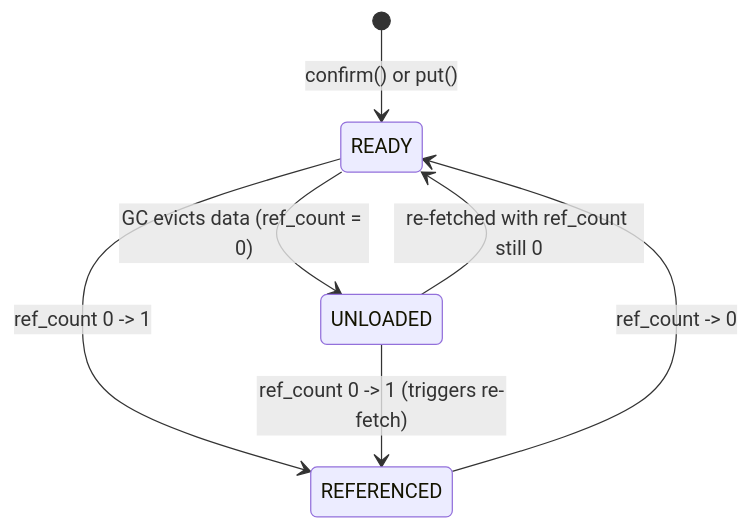
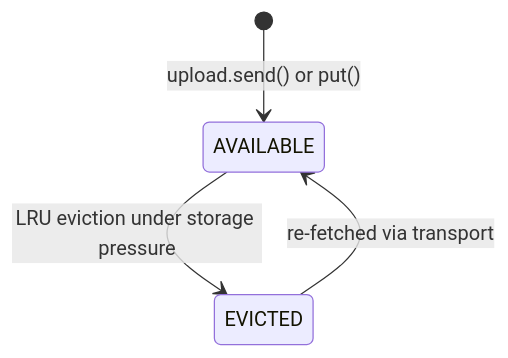
The second of 8 diagrams in packages/reactor/docs/attachments.md (powerhouse-inc/powerhouse), drawn with Mermaid before and after one commit. The commit also changed other lines of this file, not shown here.

Commit message:
chore: removing operations and simplifying upload through attachment service

````diff
--- a/packages/reactor/docs/attachments.md
+++ b/packages/reactor/docs/attachments.md
@@ -65,9 +100,6 @@
 ```mermaid
 stateDiagram-v2
-    [*] --> READY : confirm() or put()
-    READY --> REFERENCED : ref_count 0 -> 1
-    REFERENCED --> READY : ref_count -> 0
-    READY --> UNLOADED : GC evicts data (ref_count = 0)
-    UNLOADED --> REFERENCED : ref_count 0 -> 1 (triggers re-fetch)
-    UNLOADED --> READY : re-fetched with ref_count still 0
+    [*] --> AVAILABLE : upload.send() or put()
+    AVAILABLE --> EVICTED : LRU eviction under storage pressure
+    EVICTED --> AVAILABLE : re-fetched via transport
 ```
````
